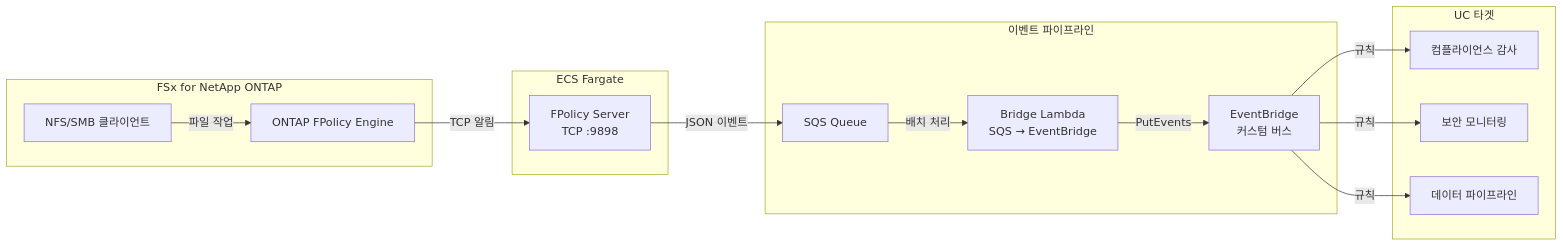
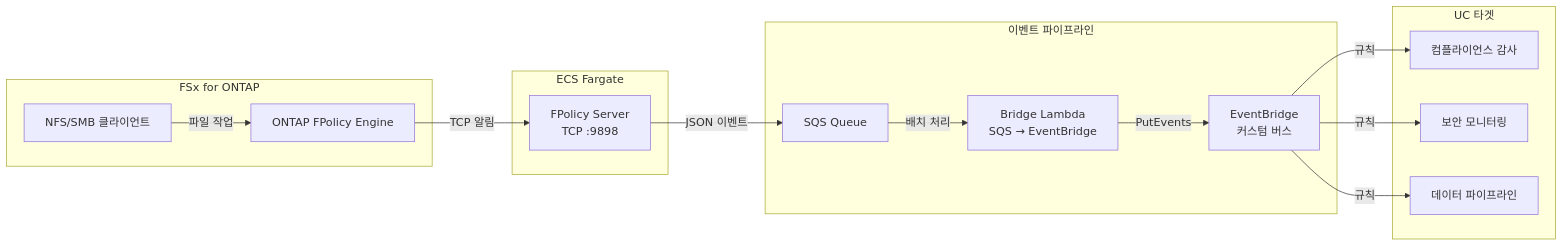
One commit to Yoshiki0705/FSx-for-ONTAP-S3AccessPoints-Serverless-Patterns changed the first of 2 diagrams in event-driven-fpolicy/README.ko.md. Above: the diagram before and after it, drawn with Mermaid. The commit also changed other lines of this file and 597 other files, not shown here.

````diff
--- a/event-driven-fpolicy/README.ko.md
+++ b/event-driven-fpolicy/README.ko.md
@@ -42,32 +42,32 @@
 ```mermaid
 graph LR
-    subgraph "FSx for NetApp ONTAP"
+    subgraph "FSx for ONTAP"
         NFS["NFS/SMB 클라이언트"]
         ONTAP["ONTAP FPolicy Engine"]
     end
 
     subgraph "ECS Fargate"
         FPS["FPolicy Server<br/>TCP :9898"]
     end
 
     subgraph "이벤트 파이프라인"
         SQS["SQS Queue"]
         BRIDGE["Bridge Lambda<br/>SQS → EventBridge"]
         EB["EventBridge<br/>커스텀 버스"]
     end
 
     subgraph "UC 타겟"
         UC1["컴플라이언스 감사"]
         UC2["보안 모니터링"]
         UC3["데이터 파이프라인"]
     end
 
     NFS -->|"파일 작업"| ONTAP
     ONTAP -->|"TCP 알림"| FPS
     FPS -->|"JSON 이벤트"| SQS
     SQS -->|"배치 처리"| BRIDGE
     BRIDGE -->|"PutEvents"| EB
     EB -->|"규칙"| UC1
     EB -->|"규칙"| UC2
     EB -->|"규칙"| UC3
 ```
````
